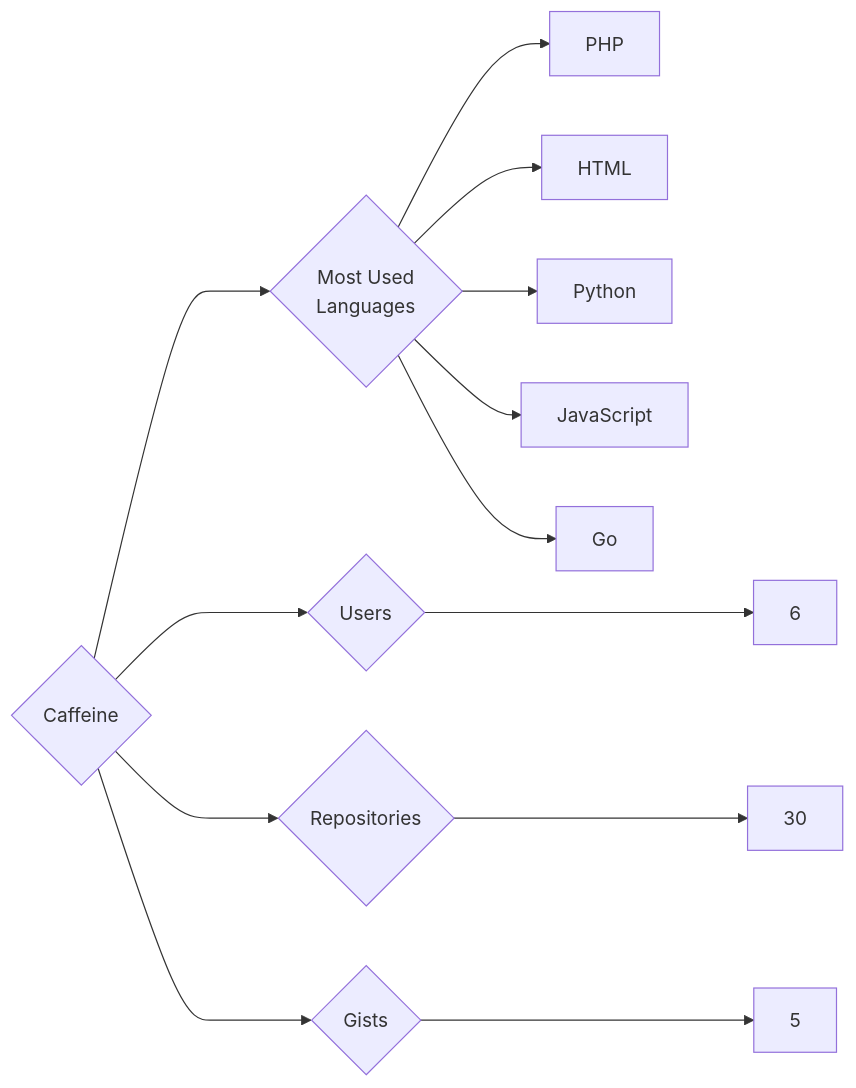
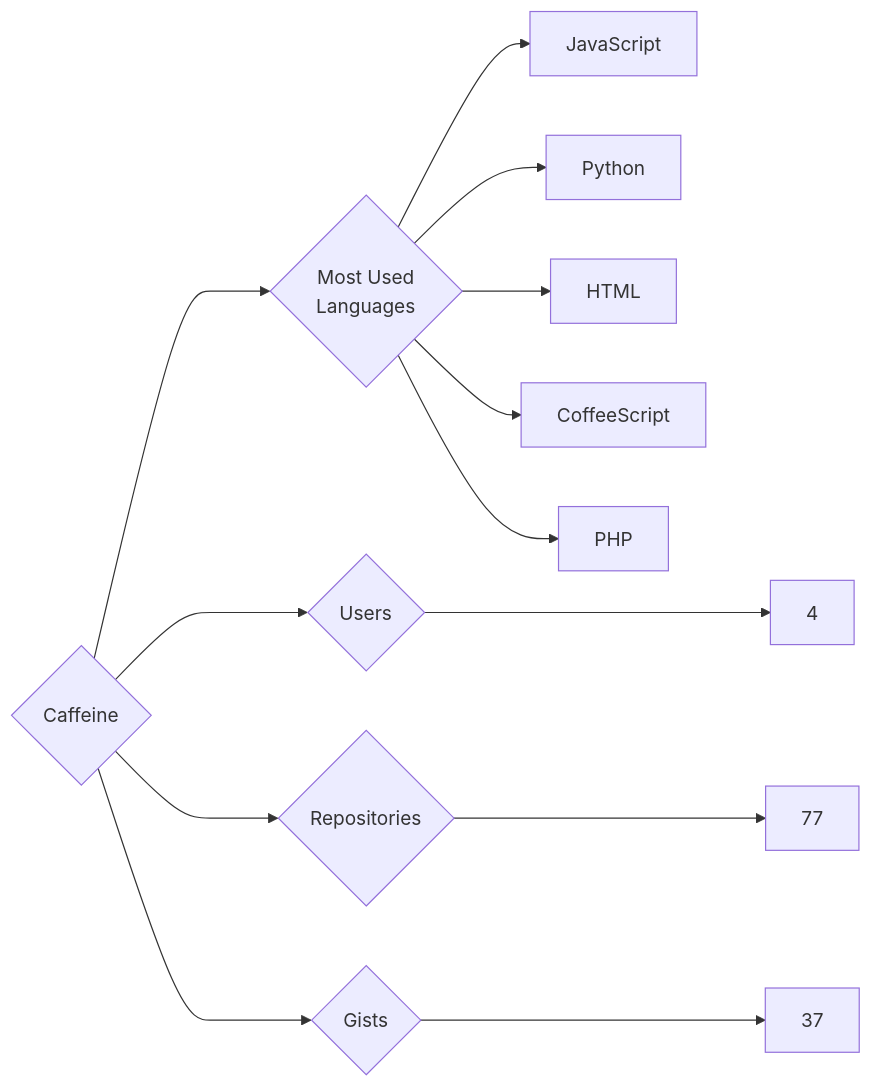
The diagram in targets/Caffeine/README.md (trickest/insiders), drawn with Mermaid before and after one commit. The commit also changed 934 other files, not shown here.

````diff
--- a/targets/Caffeine/README.md
+++ b/targets/Caffeine/README.md
@@ -3,13 +3,13 @@
 ```mermaid
 graph LR
 COMPANY_NAME{Caffeine}
-COMPANY_NAME ---> U{Users} ---> UN[6]
-COMPANY_NAME ---> R{Repositories} ---> RN[30]
-COMPANY_NAME ---> G{Gists} ---> GN[5]
+COMPANY_NAME ---> U{Users} ---> UN[4]
+COMPANY_NAME ---> R{Repositories} ---> RN[77]
+COMPANY_NAME ---> G{Gists} ---> GN[37]
 COMPANY_NAME ---> ML{Most Used<br>Languages}
+ML --> JavaScript[JavaScript]
+ML --> Python[Python]
+ML --> HTML[HTML]
+ML --> CoffeeScript[CoffeeScript]
 ML --> PHP[PHP]
-ML --> HTML[HTML]
-ML --> Python[Python]
-ML --> JavaScript[JavaScript]
-ML --> Go[Go]
 ```
````
